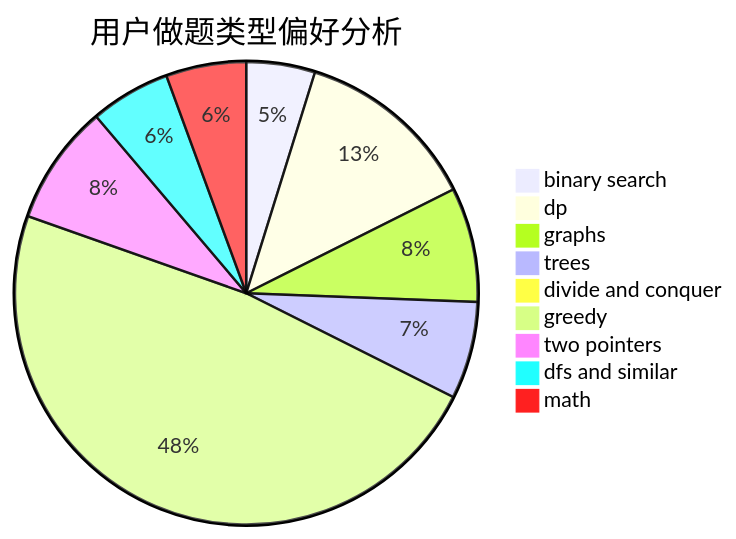
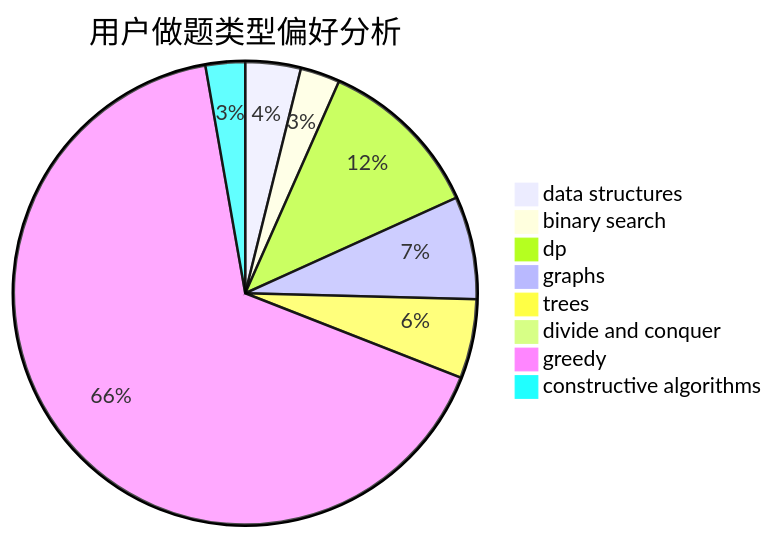
Before and after one commit to sherpahu/cfrs.github.io: the second of 3 diagrams in docs/user/u2612.md, drawn with Mermaid. The commit also changed other lines of this file and 2775 other files, not shown here.

````diff
--- a/docs/user/u2612.md
+++ b/docs/user/u2612.md
@@ -23,12 +23,11 @@
 ```mermaid
 pie title 用户做题类型偏好分析
-    "binary search" :  12
-    "dp" :  32
-    "graphs" :  20
-    "trees" :  17
+    "data structures" :  7
+    "binary search" :  5
+    "dp" :  21
+    "graphs" :  13
+    "trees" :  10
     "divide and conquer" :  0
     "greedy" :  120
-    "two pointers" :  21
-    "dfs and similar" :  14
-    "math" :  14
+    "constructive algorithms" :  5
 ```
````
